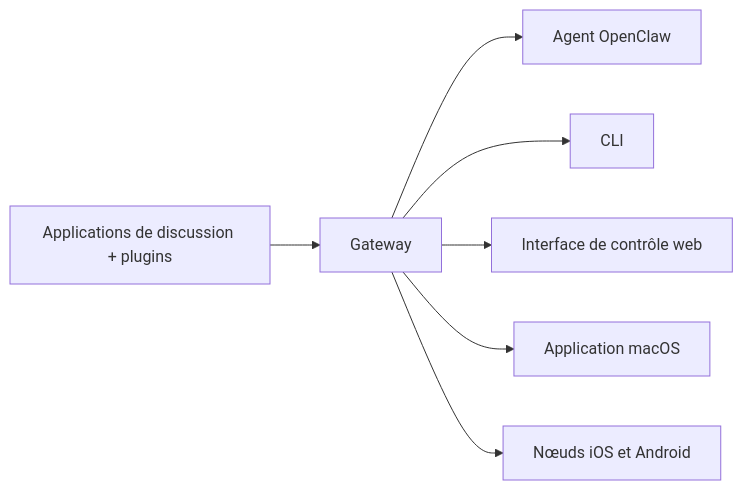
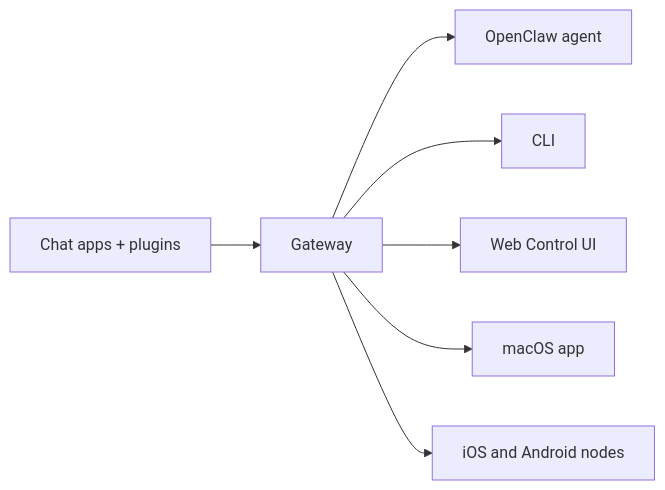
One commit to openclaw/docs changed the diagram in docs/fr/index.md. Above: the diagram before and after it, drawn with Mermaid. The commit also changed other lines of this file and 11240 other files, not shown here.

````diff
--- a/docs/fr/index.md
+++ b/docs/fr/index.md
@@ -114,9 +113,9 @@
 ```mermaid
 flowchart LR
-  A["Applications de discussion + plugins"] --> B["Gateway"]
-  B --> C["Agent OpenClaw"]
+  A["Chat apps + plugins"] --> B["Gateway"]
+  B --> C["OpenClaw agent"]
   B --> D["CLI"]
-  B --> E["Interface de contrôle web"]
-  B --> F["Application macOS"]
-  B --> G["Nœuds iOS et Android"]
+  B --> E["Web Control UI"]
+  B --> F["macOS app"]
+  B --> G["iOS and Android nodes"]
 ```
````
